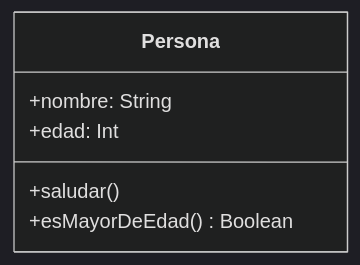
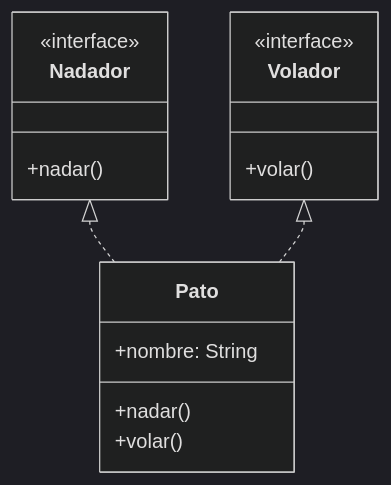
One commit to jmcandia/android-kotlin-desde-cero changed the second of 2 diagrams in docs/content/part04/chapter16.md. Above: the diagram before and after it, drawn with Mermaid (dark theme). The commit also changed other lines of this file and 38 other files, not shown here.

````diff
--- a/docs/content/part04/chapter16.md
+++ b/docs/content/part04/chapter16.md
@@ -199,9 +214,18 @@
 ```mermaid
 classDiagram
-    class Persona {
+    class Nadador {
+        <<interface>>
+        +nadar()
+    }
+    class Volador {
+        <<interface>>
+        +volar()
+    }
+    class Pato {
         +nombre: String
-        +edad: Int
-        +saludar()
-        +esMayorDeEdad() Boolean
+        +nadar()
+        +volar()
     }
+    Nadador <|.. Pato
+    Volador <|.. Pato
 ```
````
